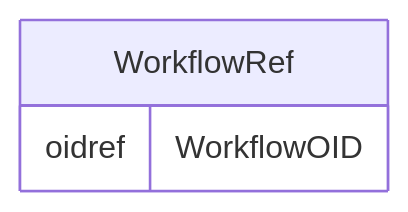
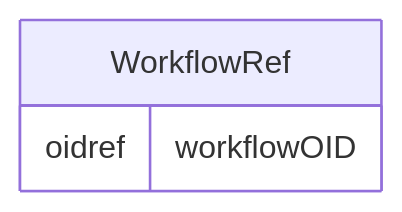
One commit to cdisc-org/DataExchange-ODM-LinkML changed the diagram in docs/WorkflowRef.md. Above: the diagram before and after it, drawn with Mermaid. The commit also changed other lines of this file and 759 other files, not shown here.

````diff
--- a/docs/WorkflowRef.md
+++ b/docs/WorkflowRef.md
@@ -11,9 +11,9 @@
 ```mermaid
 erDiagram
 WorkflowRef {
-    oidref WorkflowOID  
+    oidref workflowOID  
 }
 
 
 
 ```
````
